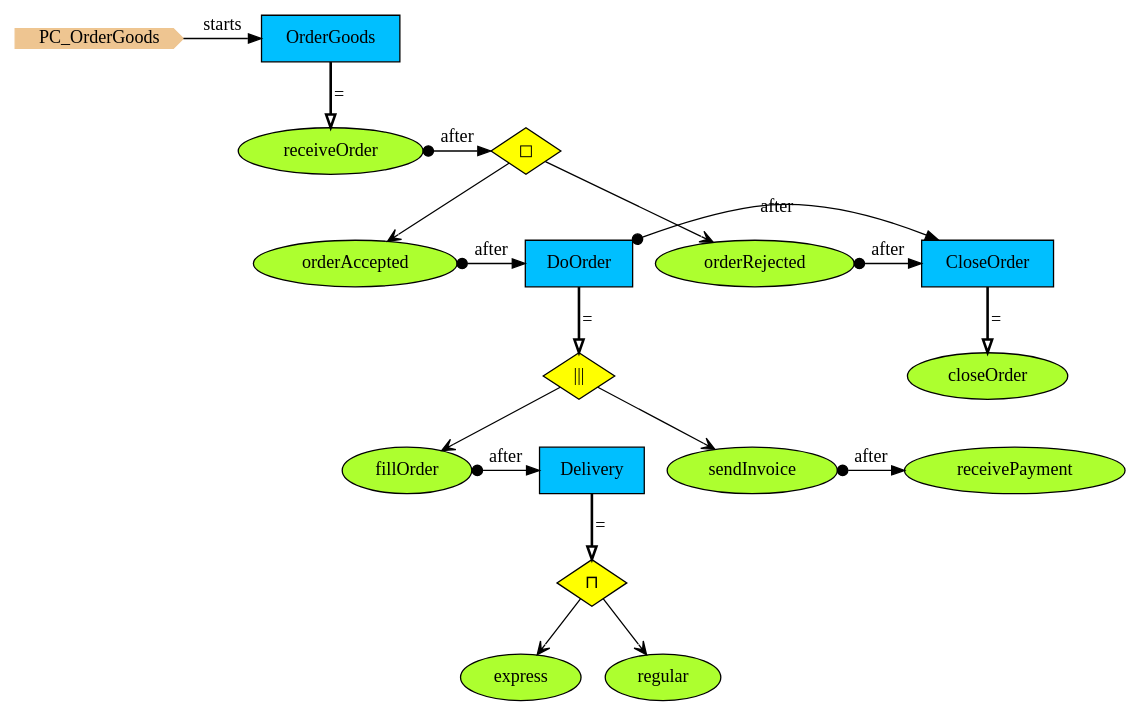
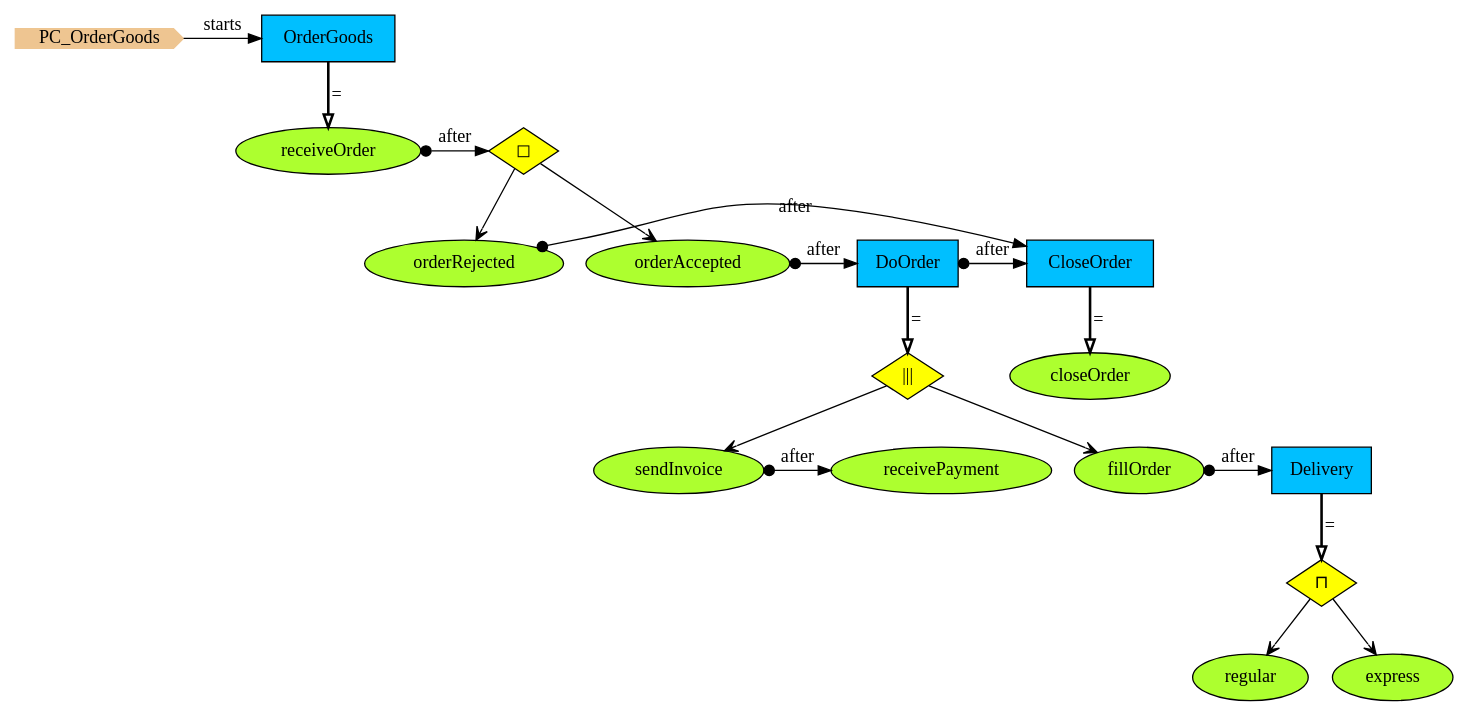
The diagram in Haskell/PCs/Examples/img/PC_OrderGoods.gv (namalio/Fragmenta), drawn with Graphviz before and after one commit. The commit also changed 100 other files, not shown here.

```diff
--- a/Haskell/PCs/Examples/img/PC_OrderGoods.gv
+++ b/Haskell/PCs/Examples/img/PC_OrderGoods.gv
@@ -1,45 +1,46 @@
 digraph {
+
 StartN_ [shape = cds,color=burlywood2,style=filled,height=.2,width=.2, label =PC_OrderGoods];
-OrderGoods [shape=box,fillcolor=deepskyblue,style = filled,label="OrderGoods "];
-orderAccepted [shape=ellipse,fillcolor=greenyellow,style = filled,label="orderAccepted"];
-OpDoOrder [shape=diamond,fillcolor=yellow,style = filled,label="|||"];
-fillOrder [shape=ellipse,fillcolor=greenyellow,style = filled,label="fillOrder"];
-OpDelivery [shape=diamond,fillcolor=yellow,style = filled,label="⊓"];
-express [shape=ellipse,fillcolor=greenyellow,style = filled,label="express"];
-receivePayment [shape=ellipse,fillcolor=greenyellow,style = filled,label="receivePayment"];
-CloseOrder [shape=box,fillcolor=deepskyblue,style = filled,label="CloseOrder "];
-closeOrder [shape=ellipse,fillcolor=greenyellow,style = filled,label="closeOrder"];
-regular [shape=ellipse,fillcolor=greenyellow,style = filled,label="regular"];
-Delivery [shape=box,fillcolor=deepskyblue,style = filled,label="Delivery "];
-sendInvoice [shape=ellipse,fillcolor=greenyellow,style = filled,label="sendInvoice"];
-DoOrder [shape=box,fillcolor=deepskyblue,style = filled,label="DoOrder "];
-orderRejected [shape=ellipse,fillcolor=greenyellow,style = filled,label="orderRejected"];
-OpAfterReceiveOrder [shape=diamond,fillcolor=yellow,style = filled,label="◻︎"];
-receiveOrder [shape=ellipse,fillcolor=greenyellow,style = filled,label="receiveOrder"];
 
-{rank=same;CloseOrder,DoOrder}
+receiveOrder [shape=ellipse,fillcolor=greenyellow,style=filled,label="receiveOrder"];
+OpAfterReceiveOrder [shape=diamond,fillcolor=yellow,style=filled,label="◻︎"];
+orderRejected [shape=ellipse,fillcolor=greenyellow,style=filled,label="orderRejected"];
+DoOrder [shape=box,fillcolor=deepskyblue,style = filled,label="DoOrder"];
+sendInvoice [shape=ellipse,fillcolor=greenyellow,style=filled,label="sendInvoice"];
+Delivery [shape=box,fillcolor=deepskyblue,style = filled,label="Delivery"];
+regular [shape=ellipse,fillcolor=greenyellow,style=filled,label="regular"];
+closeOrder [shape=ellipse,fillcolor=greenyellow,style=filled,label="closeOrder"];
+CloseOrder [shape=box,fillcolor=deepskyblue,style = filled,label="CloseOrder"];
+receivePayment [shape=ellipse,fillcolor=greenyellow,style=filled,label="receivePayment"];
+express [shape=ellipse,fillcolor=greenyellow,style=filled,label="express"];
+OpDelivery [shape=diamond,fillcolor=yellow,style=filled,label="⊓"];
+fillOrder [shape=ellipse,fillcolor=greenyellow,style=filled,label="fillOrder"];
+OpDoOrder [shape=diamond,fillcolor=yellow,style=filled,label="|||"];
+orderAccepted [shape=ellipse,fillcolor=greenyellow,style=filled,label="orderAccepted"];
+OrderGoods [shape=box,fillcolor=deepskyblue,style = filled,label="OrderGoods"];
+
+{rank=same;CloseOrder,orderRejected}
+{rank=same;receivePayment,sendInvoice}
+{rank=same;CloseOrder,DoOrder,orderAccepted}
+{rank=same;OpAfterReceiveOrder,receiveOrder}
 {rank=same;Delivery,fillOrder}
-{rank=same;OpAfterReceiveOrder,receiveOrder}
-{rank=same;CloseOrder,DoOrder,orderAccepted}
-{rank=same;receivePayment,sendInvoice}
-{rank=same;CloseOrder,orderRejected}
 {rank=same;OrderGoods,StartN_}
 
+orderRejected->CloseOrder[arrowtail=dot,dir=both,label="after"];
+sendInvoice->receivePayment[arrowtail=dot,dir=both,label="after"];
+OpDelivery->express[arrowhead="open"];
+OpDoOrder->sendInvoice[arrowhead="open"];
+orderAccepted->DoOrder[arrowtail=dot,dir=both,label="after"];
+OpAfterReceiveOrder->orderAccepted[arrowhead="open"];
+receiveOrder->OpAfterReceiveOrder[arrowtail=dot,dir=both,label="after"];
+OpAfterReceiveOrder->orderRejected[arrowhead="open"];
+OpDoOrder->fillOrder[arrowhead="open"];
+fillOrder->Delivery[arrowtail=dot,dir=both,label="after"];
+OpDelivery->regular[arrowhead="open"];
 DoOrder->CloseOrder[arrowtail=dot,dir=both,label="after"];
-OpDelivery->regular[arrowhead="open"];
-fillOrder->Delivery[arrowtail=dot,dir=both,label="after"];
-OpDoOrder->fillOrder[arrowhead="open"];
-OpAfterReceiveOrder->orderRejected[arrowhead="open"];
-receiveOrder->OpAfterReceiveOrder[arrowtail=dot,dir=both,label="after"];
+DoOrder->OpDoOrder[arrowhead="onormal",penwidth=2,label="="];
+Delivery->OpDelivery[arrowhead="onormal",penwidth=2,label="="];
+CloseOrder->closeOrder[arrowhead="onormal",penwidth=2,label="="];
 OrderGoods->receiveOrder[arrowhead="onormal",penwidth=2,label="="];
-CloseOrder->closeOrder[arrowhead="onormal",penwidth=2,label="="];
-Delivery->OpDelivery[arrowhead="onormal",penwidth=2,label="="];
-DoOrder->OpDoOrder[arrowhead="onormal",penwidth=2,label="="];
 StartN_->OrderGoods[label="starts"];
-OpAfterReceiveOrder->orderAccepted[arrowhead="open"];
-orderAccepted->DoOrder[arrowtail=dot,dir=both,label="after"];
-OpDoOrder->sendInvoice[arrowhead="open"];
-OpDelivery->express[arrowhead="open"];
-sendInvoice->receivePayment[arrowtail=dot,dir=both,label="after"];
-orderRejected->CloseOrder[arrowtail=dot,dir=both,label="after"];
 }
```
